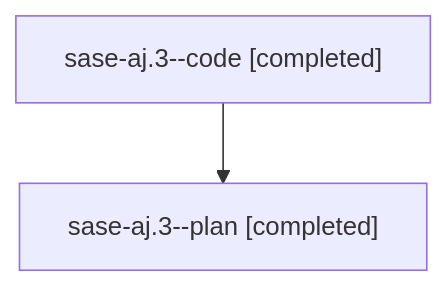
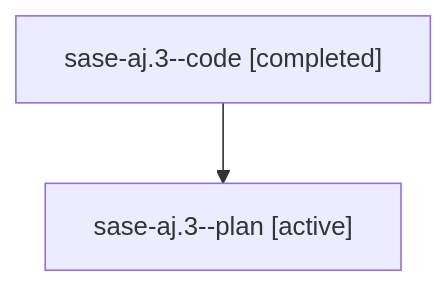
One commit to sase-org/sase--agents changed the diagram in families/bbugyi200.athena.sase-aj.3.md. Above: the diagram before and after it, drawn with Mermaid. The commit also changed other lines of this file and 5813 other files, not shown here.

````diff
--- a/families/bbugyi200.athena.sase-aj.3.md
+++ b/families/bbugyi200.athena.sase-aj.3.md
@@ -9,6 +9,6 @@
 ```mermaid
 flowchart TD
   n0["sase-aj.3--code [completed]"]
-  n1["sase-aj.3--plan [completed]"]
+  n1["sase-aj.3--plan [active]"]
   n0 --> n1
 ```
````
